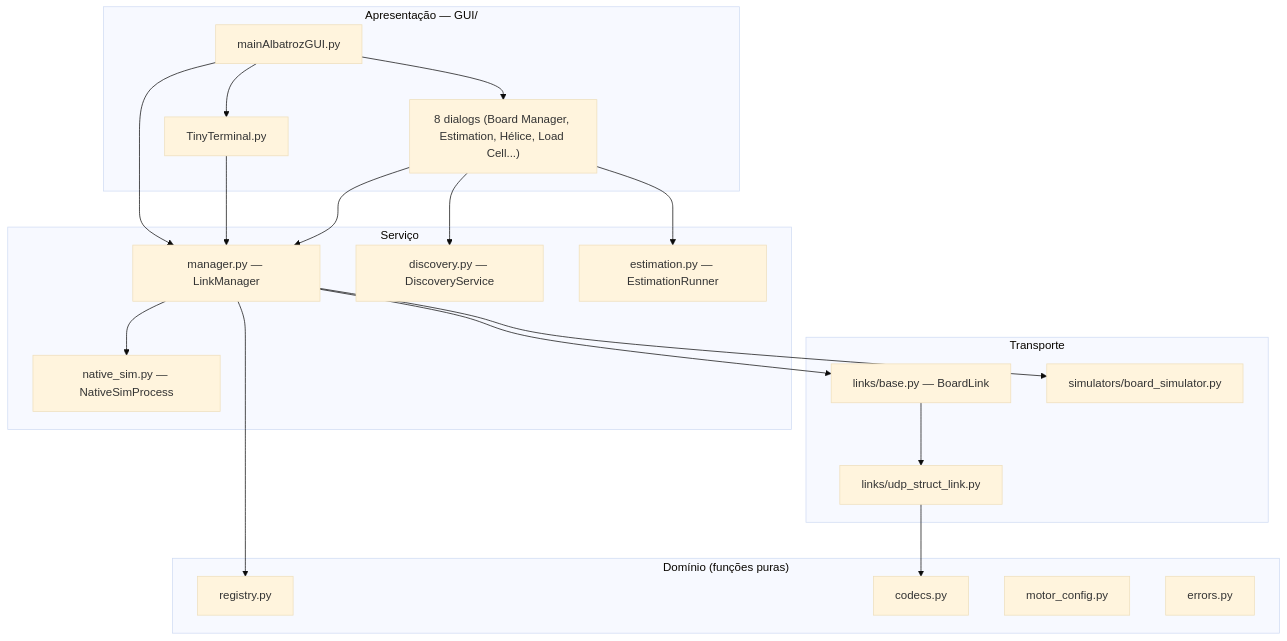
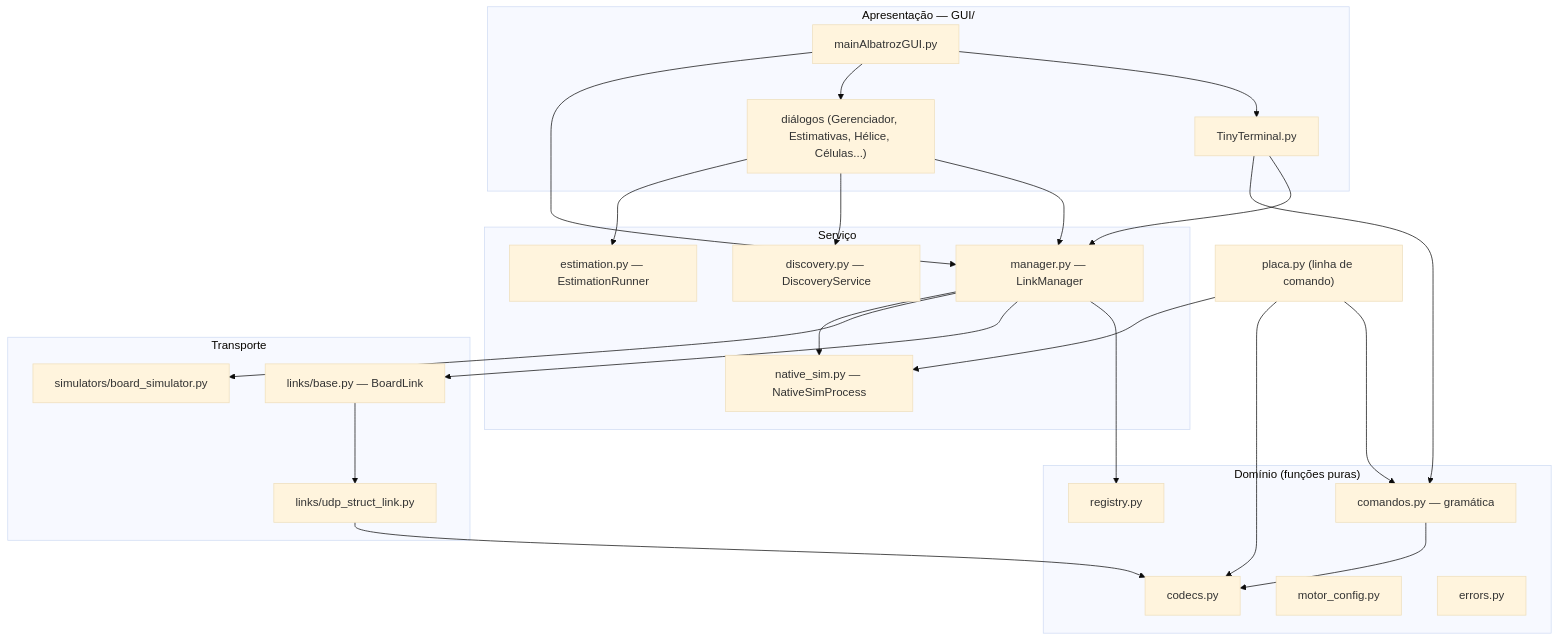
One commit to vitordallolivo/TCC changed the second of 4 diagrams in gui/README.md. Above: the diagram before and after it, drawn with Mermaid (base theme). The commit also changed other lines of this file and 48 other files, not shown here.

````diff
--- a/gui/README.md
+++ b/gui/README.md
@@ -159,33 +145,37 @@
 ```mermaid
 flowchart TD
     subgraph GUIL["Apresentação — GUI/"]
         Main["mainAlbatrozGUI.py"]
         Tiny["TinyTerminal.py"]
-        Dlgs["8 dialogs (Board Manager, Estimation, Hélice, Load Cell...)"]
+        Dlgs["diálogos (Gerenciador, Estimativas, Hélice, Células...)"]
     end
+    CLI["placa.py (linha de comando)"]
     subgraph Serv["Serviço"]
         Mgr["manager.py — LinkManager"]
         Disc["discovery.py — DiscoveryService"]
         EstR["estimation.py — EstimationRunner"]
         NS["native_sim.py — NativeSimProcess"]
     end
     subgraph Dom["Domínio (funções puras)"]
+        Cmds["comandos.py — gramática"]
         Reg["registry.py"]
         Cod["codecs.py"]
         MC["motor_config.py"]
         Errs["errors.py"]
     end
     subgraph Trans["Transporte"]
         Base["links/base.py — BoardLink"]
         Udp["links/udp_struct_link.py"]
         Sim["simulators/board_simulator.py"]
     end
 
     Main --> Tiny & Dlgs
     Main --> Mgr
-    Tiny --> Mgr
+    Tiny --> Mgr & Cmds
     Dlgs --> Mgr & Disc & EstR
+    CLI --> Cmds & Cod & NS
     Mgr --> Reg & Base & Sim & NS
     Base --> Udp
     Udp --> Cod
+    Cmds --> Cod
 ```
````
